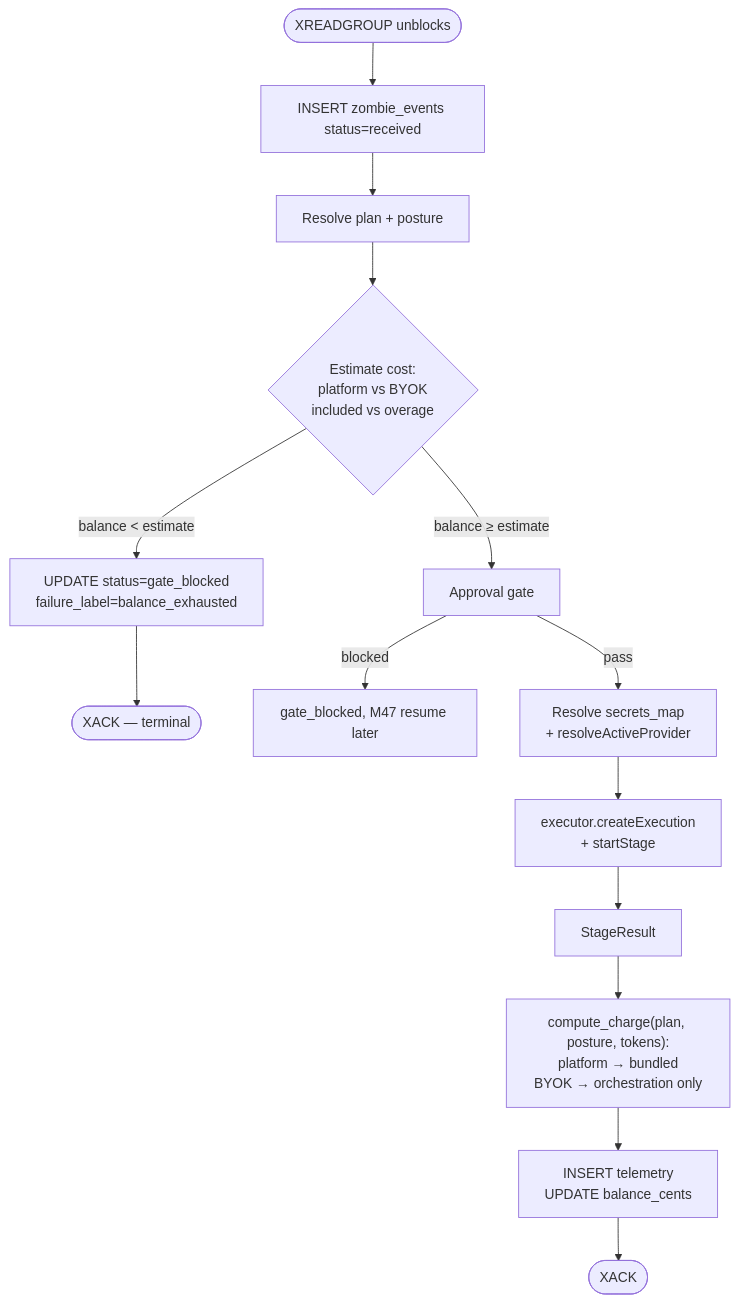
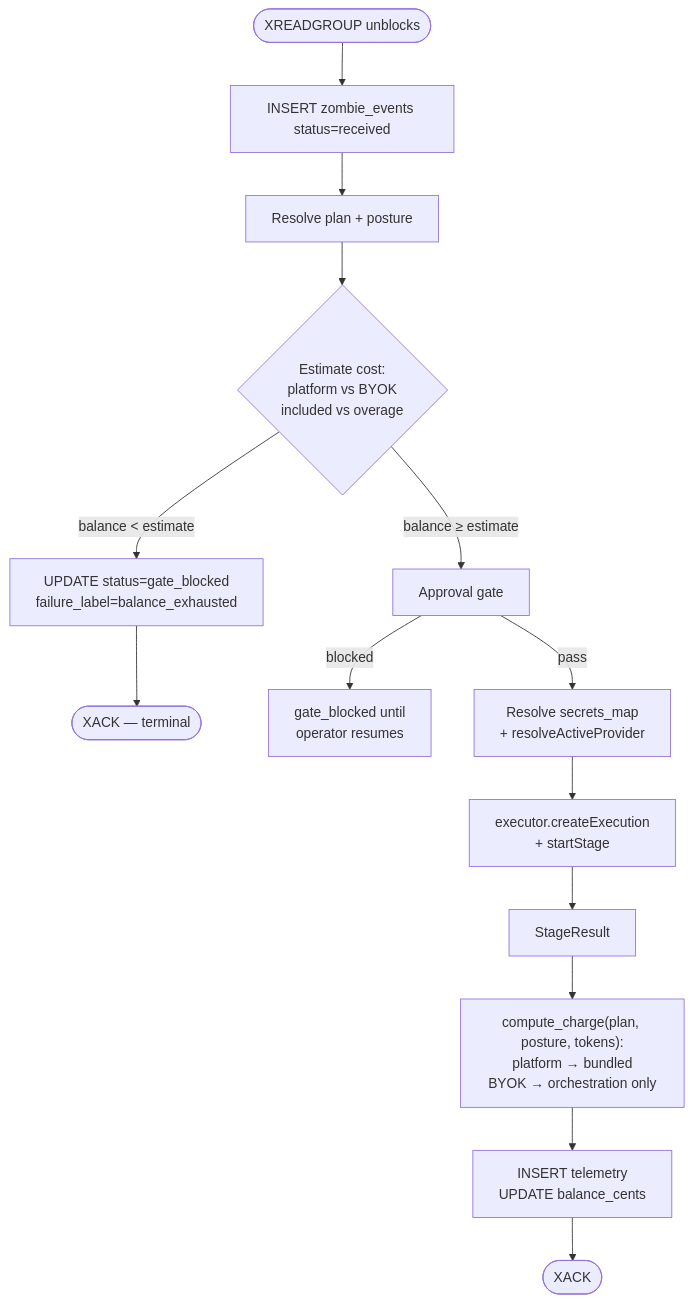
One commit to usezombie/usezombie changed the diagram in docs/architecture/billing_and_byok.md. Above: the diagram before and after it, drawn with Mermaid. The commit also changed other lines of this file and 7 other files, not shown here.

Commit message:
docs: clean architecture sources for docs reuse

````diff
--- a/docs/architecture/billing_and_byok.md
+++ b/docs/architecture/billing_and_byok.md
@@ -70,16 +70,16 @@
 ```mermaid
 flowchart TD
     A([XREADGROUP unblocks]) --> B[INSERT zombie_events status=received]
     B --> C[Resolve plan + posture]
     C --> D{Estimate cost:<br/>platform vs BYOK<br/>included vs overage}
     D -->|balance < estimate| Block[UPDATE status=gate_blocked<br/>failure_label=balance_exhausted]
     Block --> X1([XACK — terminal])
     D -->|balance ≥ estimate| E[Approval gate]
-    E -->|blocked| Wait[gate_blocked, M47 resume later]
+    E -->|blocked| Wait[gate_blocked until<br/>operator resumes]
     E -->|pass| F[Resolve secrets_map<br/>+ resolveActiveProvider]
     F --> G[executor.createExecution<br/>+ startStage]
     G --> H[StageResult]
     H --> I["compute_charge(plan, posture, tokens):<br/>platform → bundled<br/>BYOK → orchestration only"]
     I --> J[INSERT telemetry<br/>UPDATE balance_cents]
     J --> X2([XACK])
 ```
````
